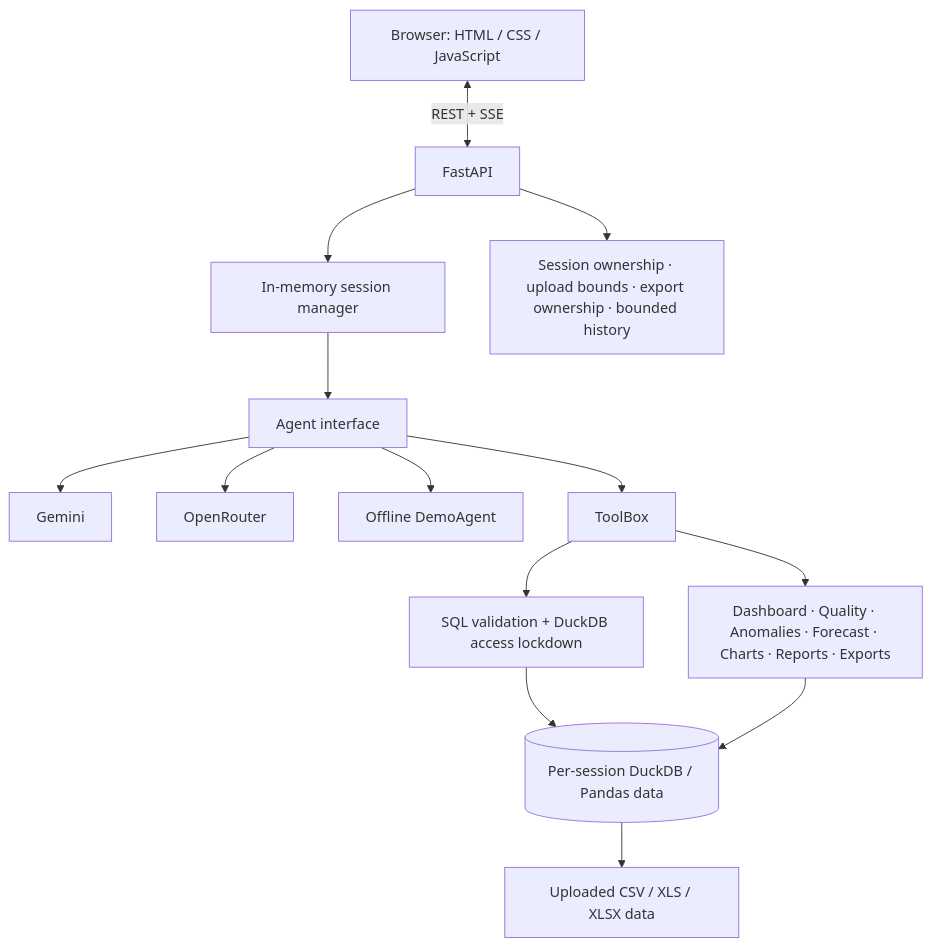
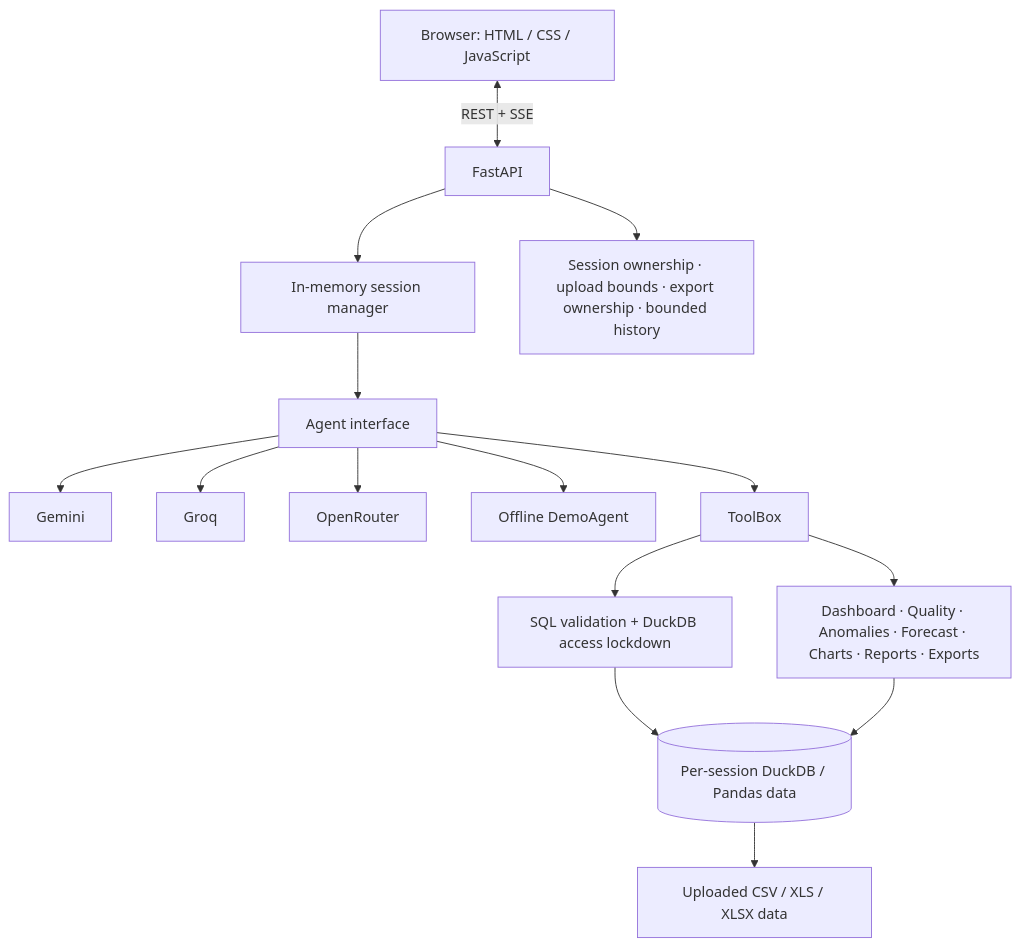
The diagram in README.md (mayankrajray/ask-csv), drawn with Mermaid before and after one commit. The commit also changed other lines of this file and 14 other files, not shown here.

````diff
--- a/README.md
+++ b/README.md
@@ -57,16 +57,17 @@
 ```mermaid
 flowchart TD
   Browser[Browser: HTML / CSS / JavaScript] <-->|REST + SSE| API[FastAPI]
   API --> SM[In-memory session manager]
   SM --> Agent[Agent interface]
   Agent --> Gemini[Gemini]
+  Agent --> Groq[Groq]
   Agent --> OR[OpenRouter]
   Agent --> Demo[Offline DemoAgent]
   Agent --> TB[ToolBox]
   TB --> Guard[SQL validation + DuckDB access lockdown]
   Guard --> DB[(Per-session DuckDB / Pandas data)]
   DB --> Files[Uploaded CSV / XLS / XLSX data]
   TB --> Analytics[Dashboard · Quality · Anomalies · Forecast · Charts · Reports · Exports]
   Analytics --> DB
   API --> Boundaries[Session ownership · upload bounds · export ownership · bounded history]
 ```
````
